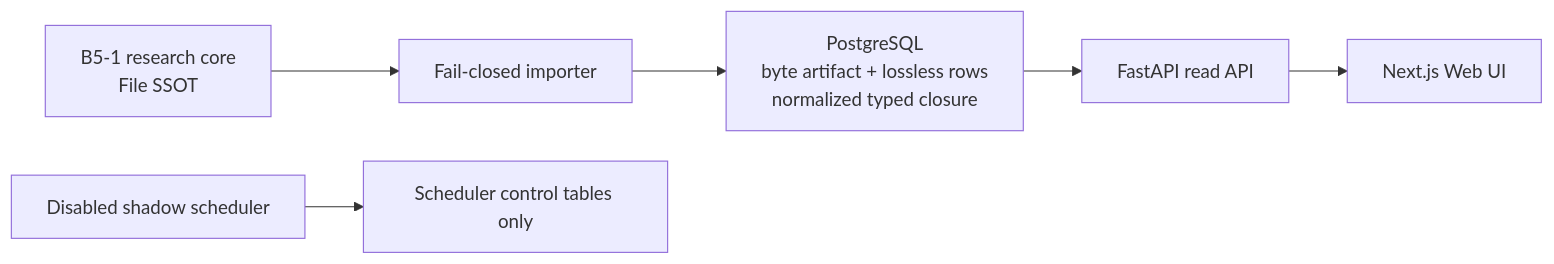
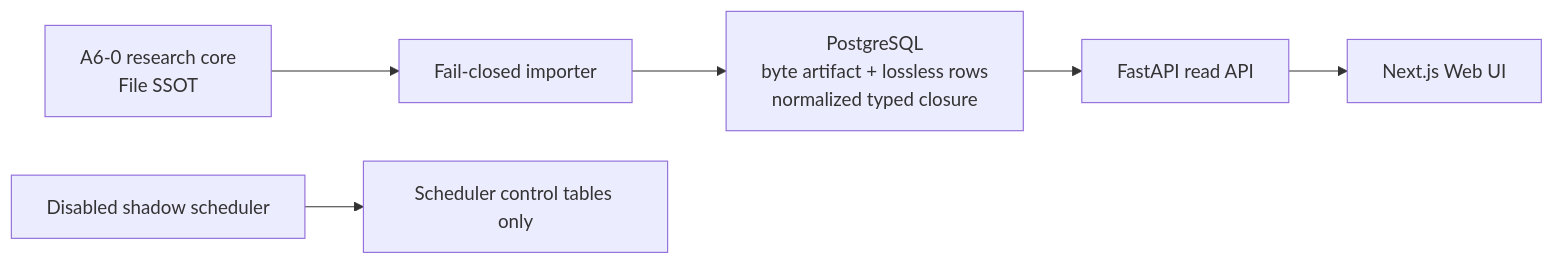
The diagram in README.md (PXShou329/PCR_TW_Project), drawn with Mermaid before and after one commit. The commit also changed other lines of this file and 46 other files, not shown here.

````diff
--- a/README.md
+++ b/README.md
@@ -39,8 +42,8 @@
 ```mermaid
 flowchart LR
-  RC["B5-1 research core\nFile SSOT"] --> IM["Fail-closed importer"]
+  RC["A6-0 research core\nFile SSOT"] --> IM["Fail-closed importer"]
   IM --> DB["PostgreSQL\nbyte artifact + lossless rows\nnormalized typed closure"]
   DB --> API["FastAPI read API"]
   API --> WEB["Next.js Web UI"]
   SCH["Disabled shadow scheduler"] --> CTRL["Scheduler control tables only"]
 ```
````
